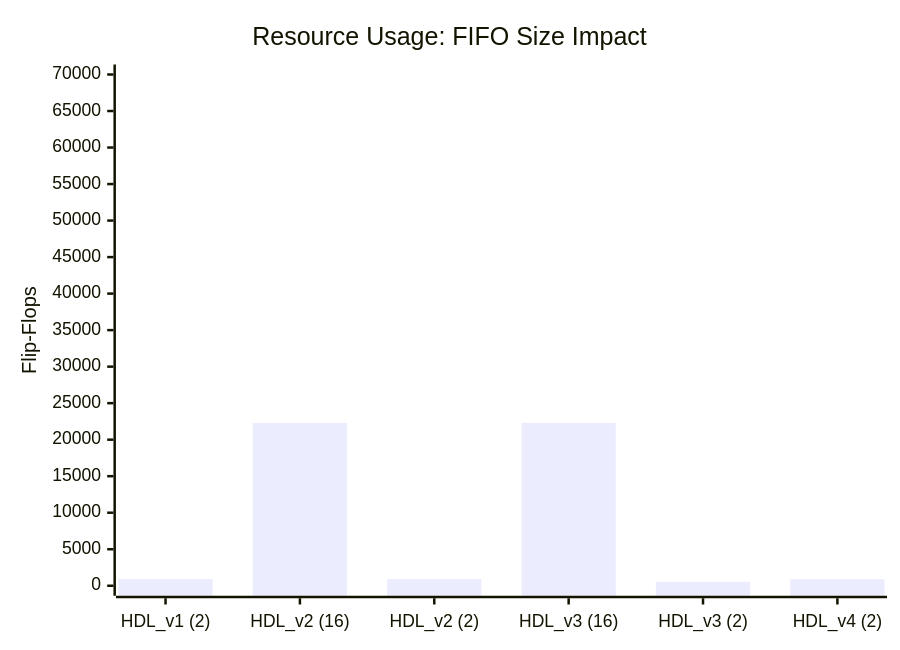
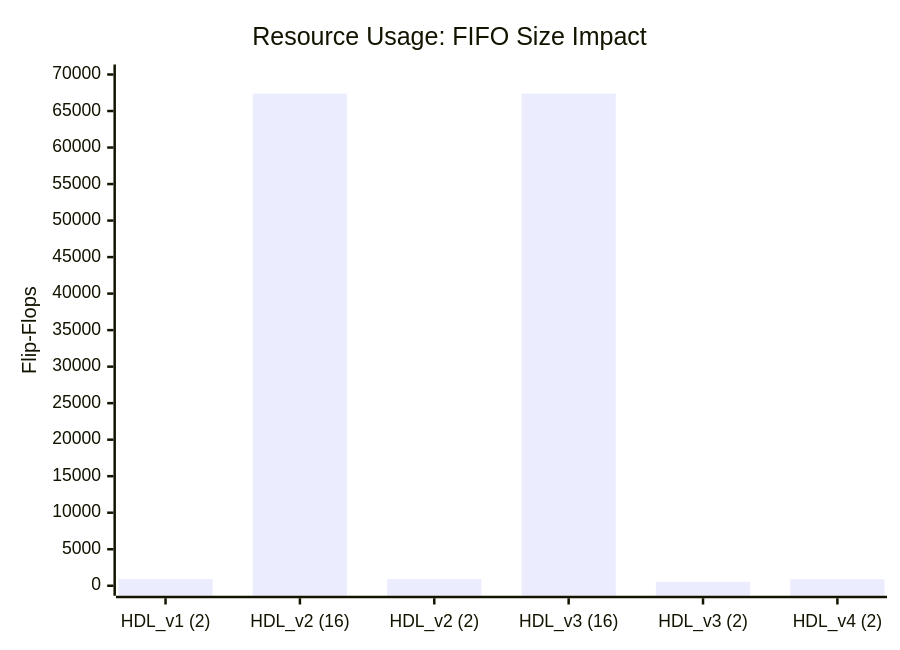
The third of 16 diagrams in README.md (rockyco/extractSSBsig), drawn with Mermaid before and after one commit. The commit also changed other lines of this file and 3 other files, not shown here.

````diff
--- a/README.md
+++ b/README.md
@@ -341,7 +341,7 @@
 ```mermaid
 xychart-beta
     title "Resource Usage: FIFO Size Impact"
     x-axis ["HDL_v1 (2)", "HDL_v2 (16)", "HDL_v2 (2)", "HDL_v3 (16)", "HDL_v3 (2)", "HDL_v4 (2)"]
     y-axis "Flip-Flops" 0 --> 70000
-    bar [916, 22302, 914, 22302, 527, 897]
+    bar [916, 67389, 914, 67389, 527, 897]
 ```
````
